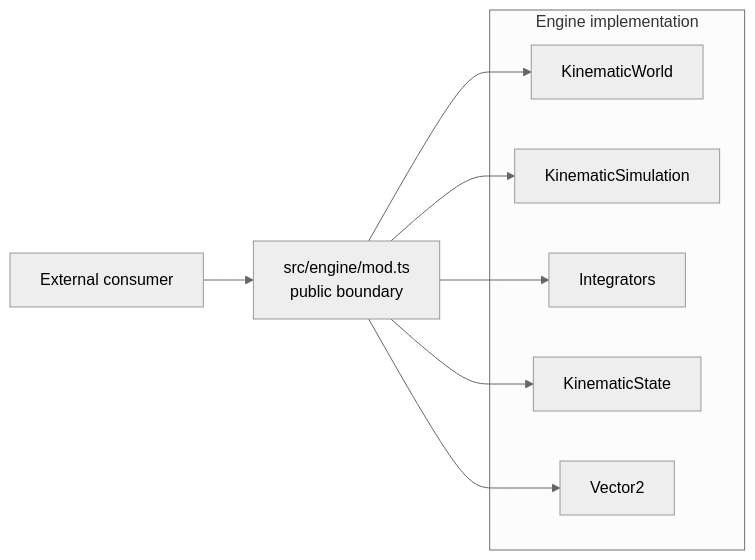
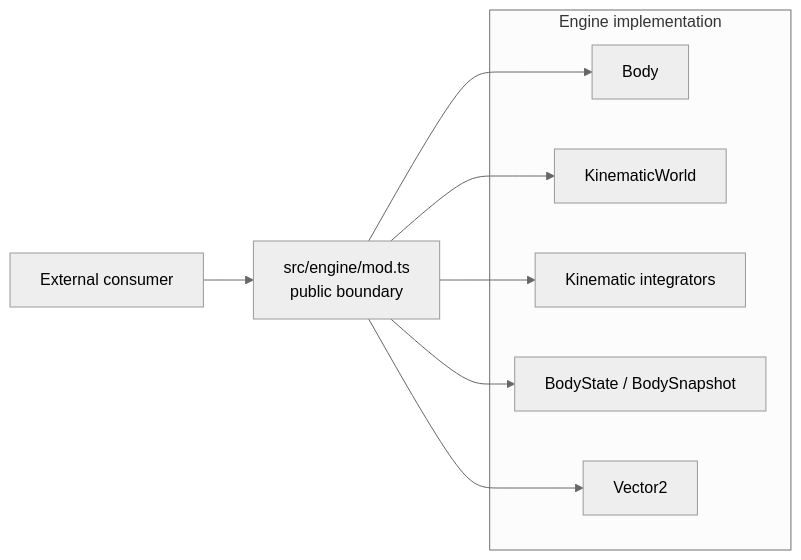
Before and after one commit to fa-ribeiro/vLab2D: the fourth of 21 diagrams in docs/architecture/README.md, drawn with Mermaid (neutral theme). The commit also changed other lines of this file and 27 other files, not shown here.

````diff
--- a/docs/architecture/README.md
+++ b/docs/architecture/README.md
@@ -151,21 +149,21 @@
 ```mermaid
 flowchart LR
     EXT["External consumer"]
     API["src/engine/mod.ts<br/>public boundary"]
 
     subgraph INTERNAL["Engine implementation"]
+        BODY["Body"]
         WORLD["KinematicWorld"]
-        SIM["KinematicSimulation"]
-        INT["Integrators"]
-        STATE["KinematicState"]
+        INT["Kinematic integrators"]
+        STATE["BodyState / BodySnapshot"]
         VEC["Vector2"]
     end
 
     EXT --> API
 
+    API --> BODY
     API --> WORLD
-    API --> SIM
     API --> INT
     API --> STATE
     API --> VEC
 ```
````
